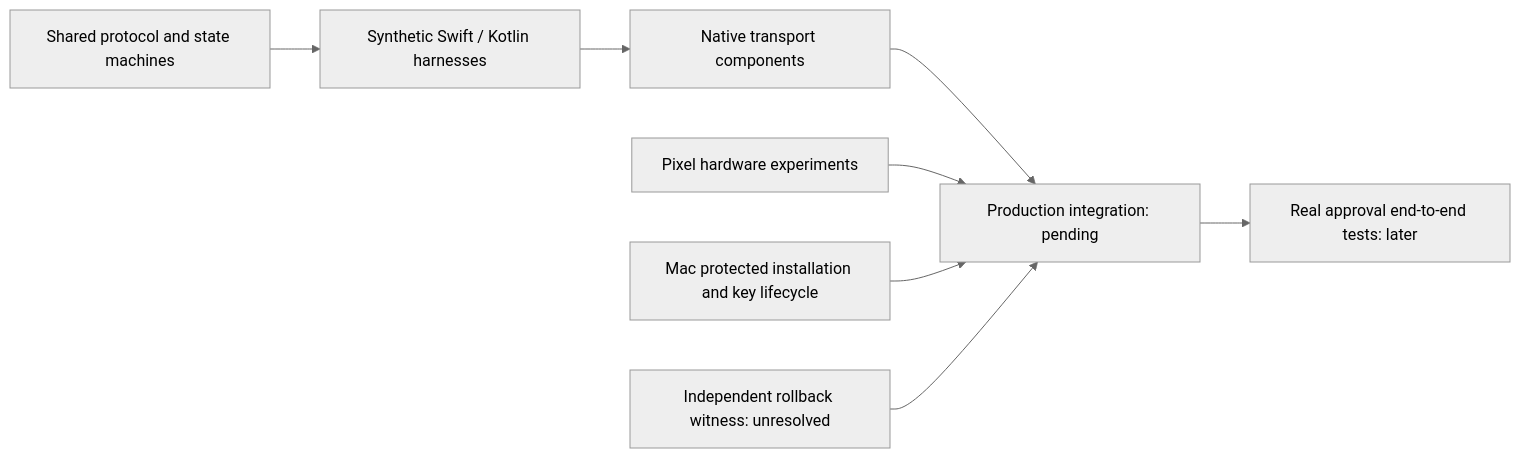
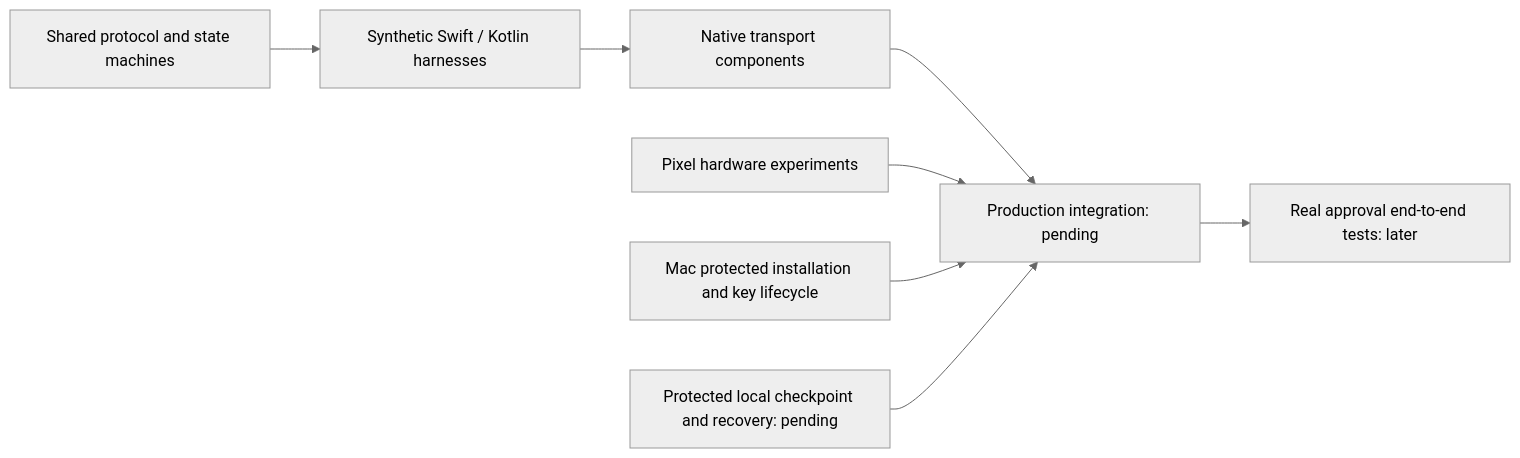
One commit to rock3r/remozio changed the diagram in docs/experiments/interactive-handoff.md. Above: the diagram before and after it, drawn with Mermaid (neutral theme). The commit also changed other lines of this file and 21 other files, not shown here.

````diff
--- a/docs/experiments/interactive-handoff.md
+++ b/docs/experiments/interactive-handoff.md
@@ -7,10 +7,10 @@
 ```mermaid
 flowchart LR
     C[Shared protocol and state machines] --> H[Synthetic Swift / Kotlin harnesses]
     H --> T[Native transport components]
     T --> I[Production integration: pending]
     P[Pixel hardware experiments] --> I
     M[Mac protected installation and key lifecycle] --> I
-    W[Independent rollback witness: unresolved] --> I
+    W[Protected local checkpoint and recovery: pending] --> I
     I --> E[Real approval end-to-end tests: later]
 ```
````
